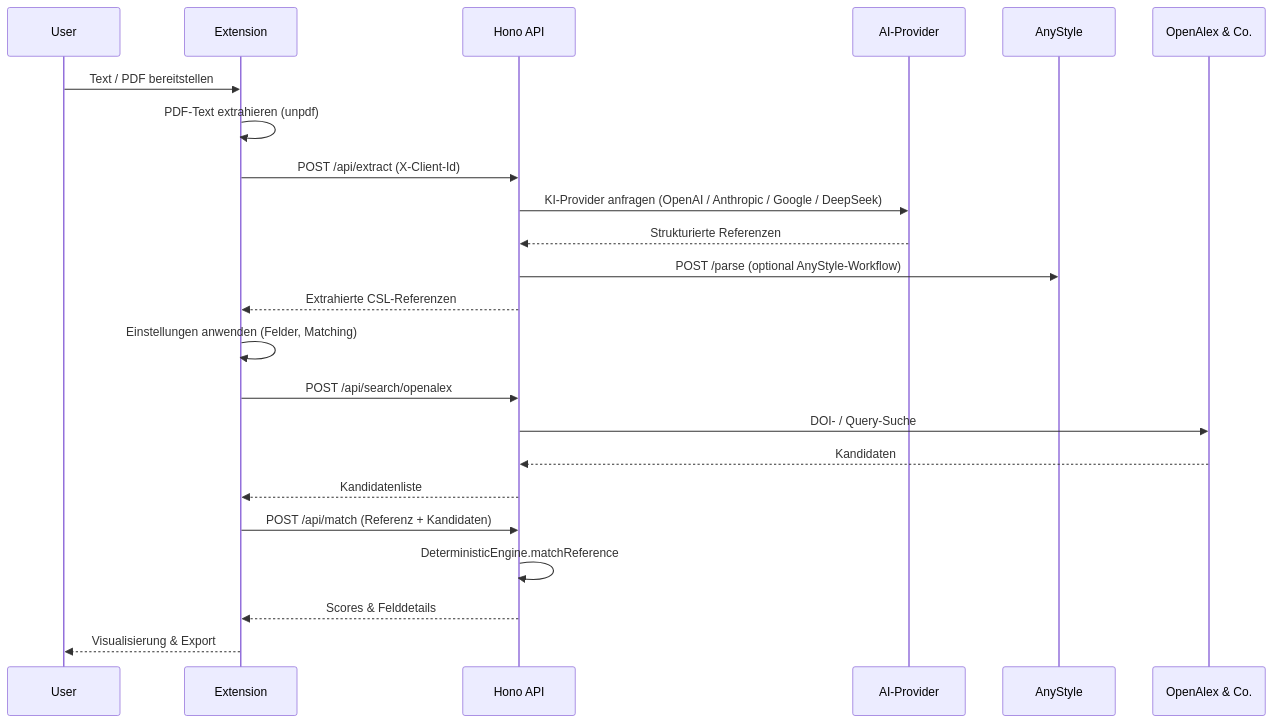
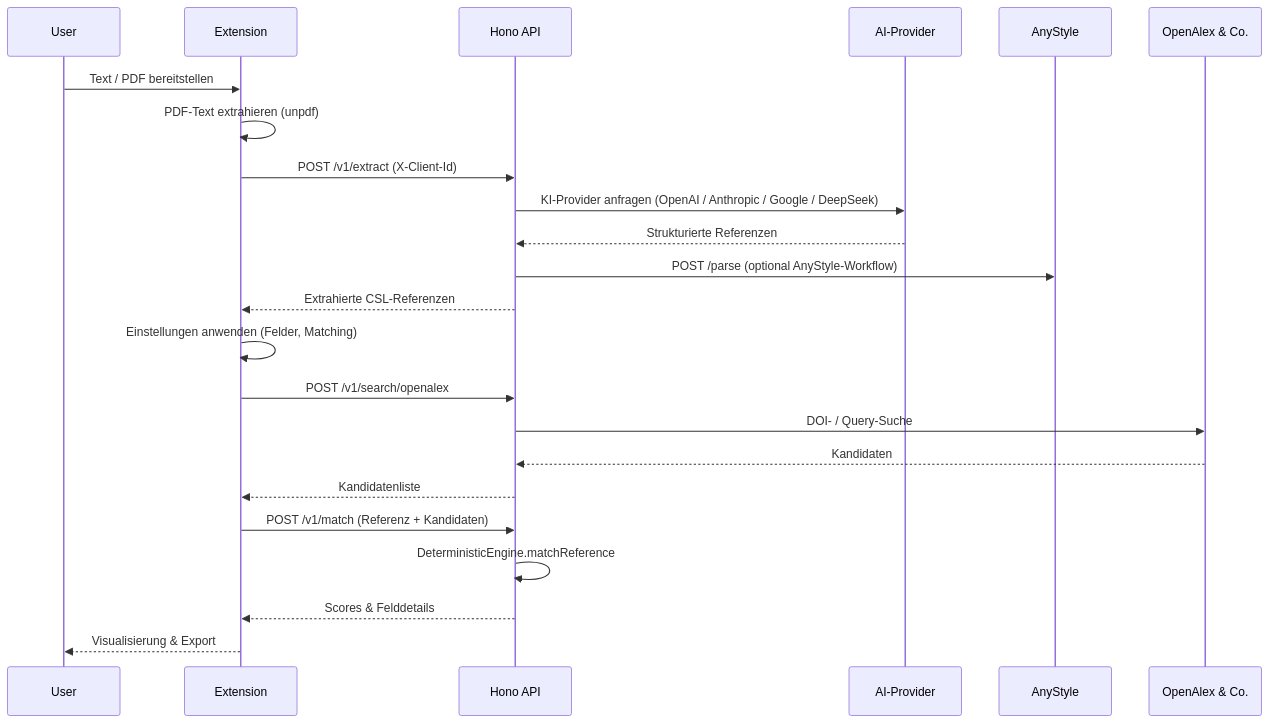
Before and after one commit to jeffnawroth/source-taster: the second of 2 diagrams in apps/docs/de/architecture.md, drawn with Mermaid. The commit also changed other lines of this file and 53 other files, not shown here.

````diff
--- a/apps/docs/de/architecture.md
+++ b/apps/docs/de/architecture.md
@@ -36,26 +36,26 @@
 ```mermaid
 sequenceDiagram
   participant User
   participant Ext as Extension
   participant API as Hono API
   participant LLM as AI-Provider
   participant Any as AnyStyle
   participant OA as OpenAlex & Co.
 
   User->>Ext: Text / PDF bereitstellen
   Ext->>Ext: PDF-Text extrahieren (unpdf)
-  Ext->>API: POST /api/extract (X-Client-Id)
+  Ext->>API: POST /v1/extract (X-Client-Id)
   API->>LLM: KI-Provider anfragen (OpenAI / Anthropic / Google / DeepSeek)
   LLM-->>API: Strukturierte Referenzen
   API->>Any: POST /parse (optional AnyStyle-Workflow)
   API-->>Ext: Extrahierte CSL-Referenzen
   Ext->>Ext: Einstellungen anwenden (Felder, Matching)
-  Ext->>API: POST /api/search/openalex
+  Ext->>API: POST /v1/search/openalex
   API->>OA: DOI- / Query-Suche
   OA-->>API: Kandidaten
   API-->>Ext: Kandidatenliste
-  Ext->>API: POST /api/match (Referenz + Kandidaten)
+  Ext->>API: POST /v1/match (Referenz + Kandidaten)
   API->>API: DeterministicEngine.matchReference
   API-->>Ext: Scores & Felddetails
   Ext-->>User: Visualisierung & Export
 ```
````
